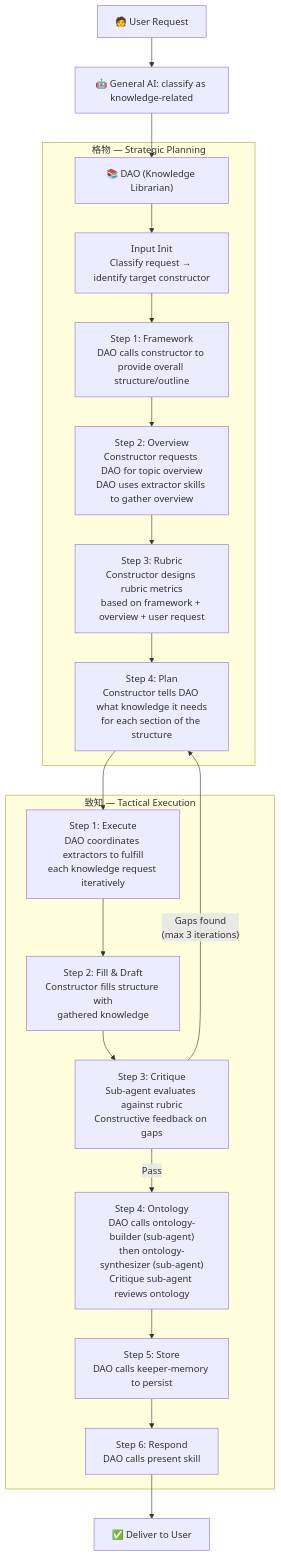
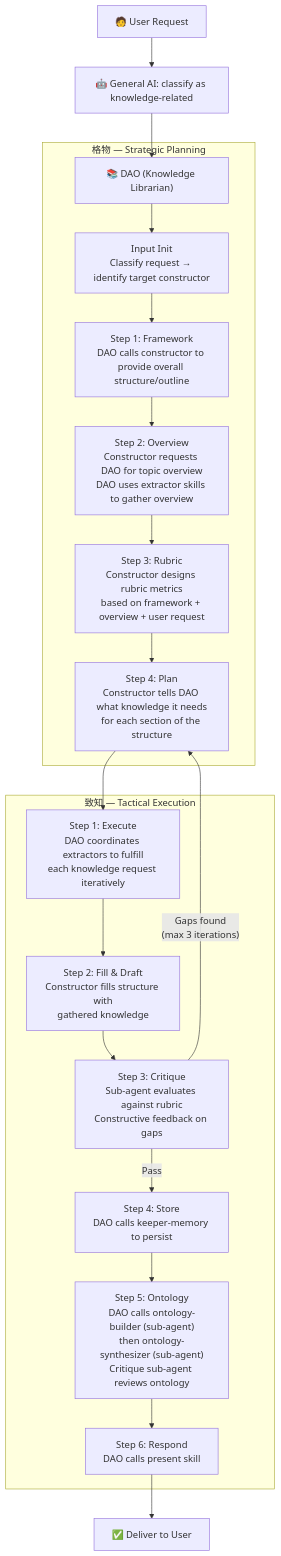
One commit to Young-Z/X-IPE changed the first of 2 diagrams in x-ipe-docs/ideas/041. CR-Rebuild Knowledge Skills/idea-summary-v1.md. Above: the diagram before and after it, drawn with Mermaid. The commit also changed other lines of this file and 78 other files, not shown here.

````diff
--- a/x-ipe-docs/ideas/041. CR-Rebuild Knowledge Skills/idea-summary-v1.md
+++ b/x-ipe-docs/ideas/041. CR-Rebuild Knowledge Skills/idea-summary-v1.md
@@ -458,25 +458,25 @@
 ```mermaid
 flowchart TD
     A["🧑 User Request"] --> B["🤖 General AI: classify as knowledge-related"]
     B --> C["📚 DAO (Knowledge Librarian)"]
     
     subgraph 格物["格物 — Strategic Planning"]
         C --> D["Input Init\nClassify request → identify target constructor"]
         D --> E["Step 1: Framework\nDAO calls constructor to provide overall structure/outline"]
         E --> OV["Step 2: Overview\nConstructor requests DAO for topic overview\nDAO uses extractor skills to gather overview"]
         OV --> R["Step 3: Rubric\nConstructor designs rubric metrics\nbased on framework + overview + user request"]
         R --> F["Step 4: Plan\nConstructor tells DAO what knowledge it needs\nfor each section of the structure"]
     end
     
     subgraph 致知["致知 — Tactical Execution"]
         F --> G["Step 1: Execute\nDAO coordinates extractors to fulfill\neach knowledge request iteratively"]
         G --> FD["Step 2: Fill & Draft\nConstructor fills structure with\ngathered knowledge"]
         FD --> CR["Step 3: Critique\nSub-agent evaluates against rubric\nConstructive feedback on gaps"]
         CR -->|"Gaps found\n(max 3 iterations)"| F
-        CR -->|"Pass"| ON["Step 4: Ontology\nDAO calls ontology-builder (sub-agent)\nthen ontology-synthesizer (sub-agent)\nCritique sub-agent reviews ontology"]
-        ON --> H["Step 5: Store\nDAO calls keeper-memory to persist"]
-        H --> I["Step 6: Respond\nDAO calls present skill"]
+        CR -->|"Pass"| H["Step 4: Store\nDAO calls keeper-memory to persist"]
+        H --> ON["Step 5: Ontology\nDAO calls ontology-builder (sub-agent)\nthen ontology-synthesizer (sub-agent)\nCritique sub-agent reviews ontology"]
+        ON --> I["Step 6: Respond\nDAO calls present skill"]
     end
     
     I --> J["✅ Deliver to User"]
 ```
````
